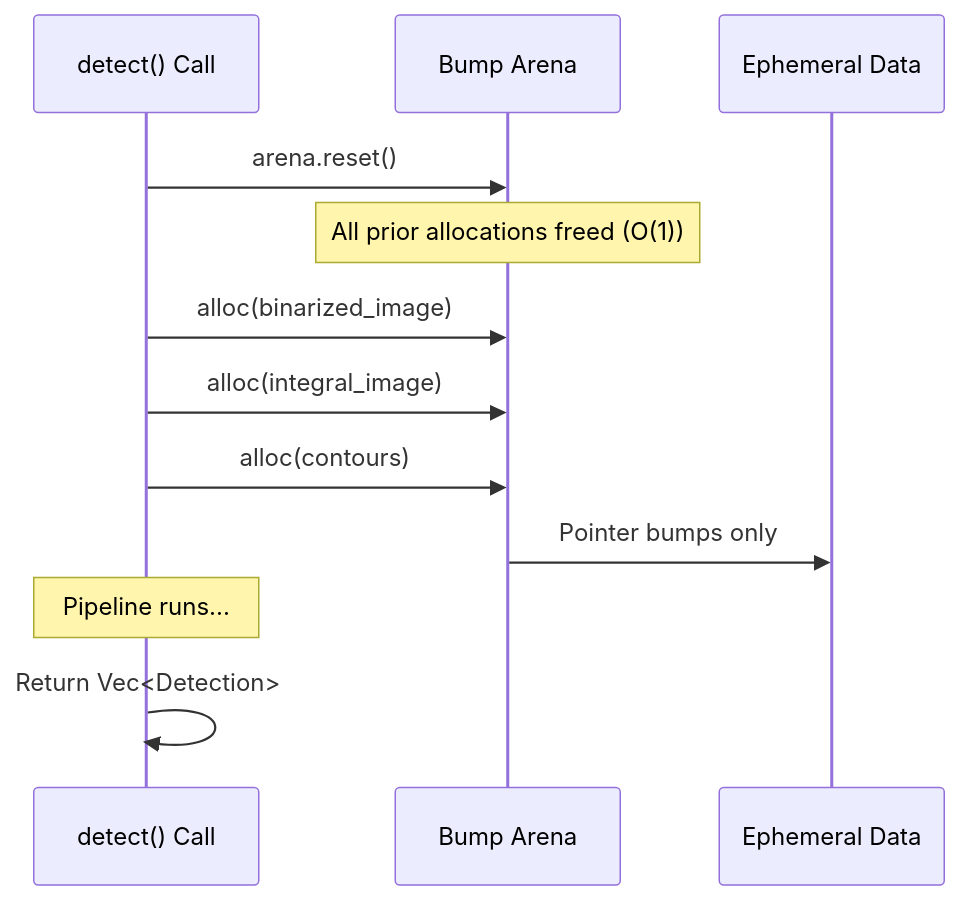
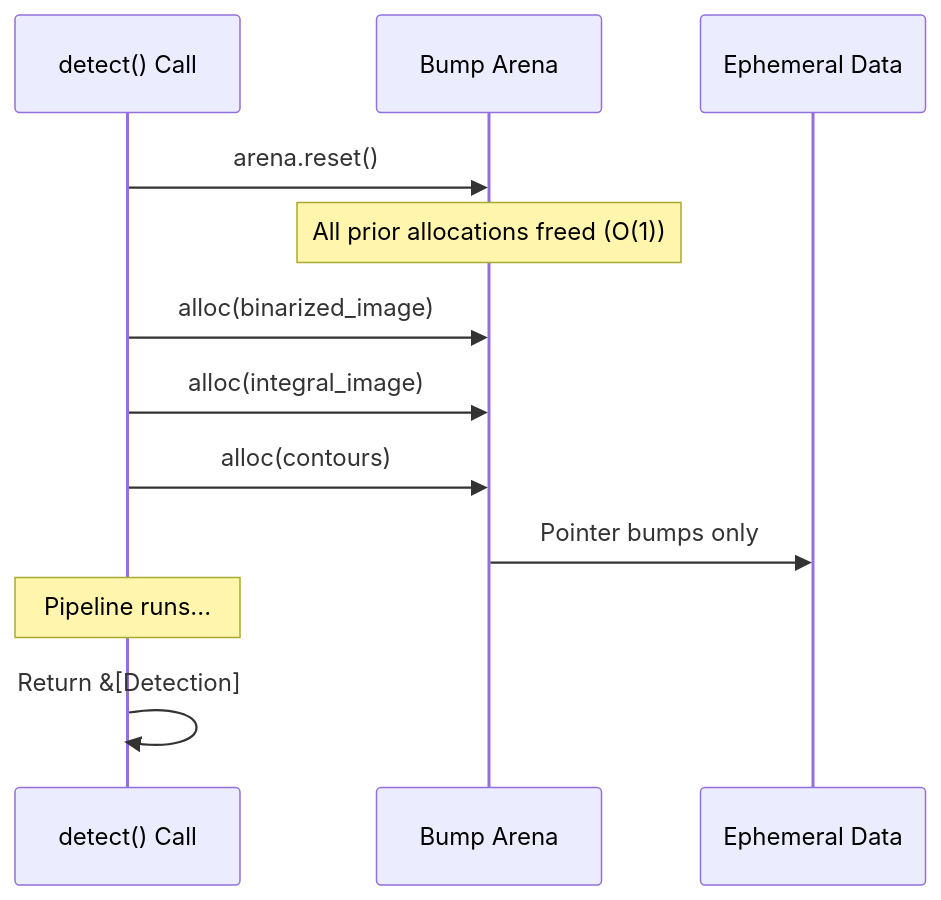
Before and after one commit to NoeFontana/locus-tag: the fifth of 6 diagrams in docs/explanation/architecture.md, drawn with Mermaid. The commit also changed other lines of this file and 68 other files, not shown here.

````diff
--- a/docs/explanation/architecture.md
+++ b/docs/explanation/architecture.md
@@ -203,17 +198,17 @@
 ```mermaid
 sequenceDiagram
     participant Frame as detect() Call
     participant Arena as Bump Arena
     participant Allocs as Ephemeral Data
 
     Frame->>Arena: arena.reset()
     Note over Arena: All prior allocations freed (O(1))
 
     Frame->>Arena: alloc(binarized_image)
     Frame->>Arena: alloc(integral_image)
     Frame->>Arena: alloc(contours)
     Arena->>Allocs: Pointer bumps only
 
     Note over Frame: Pipeline runs...
-    Frame->>Frame: Return Vec<Detection>
+    Frame->>Frame: Return &[Detection]
 ```
````
